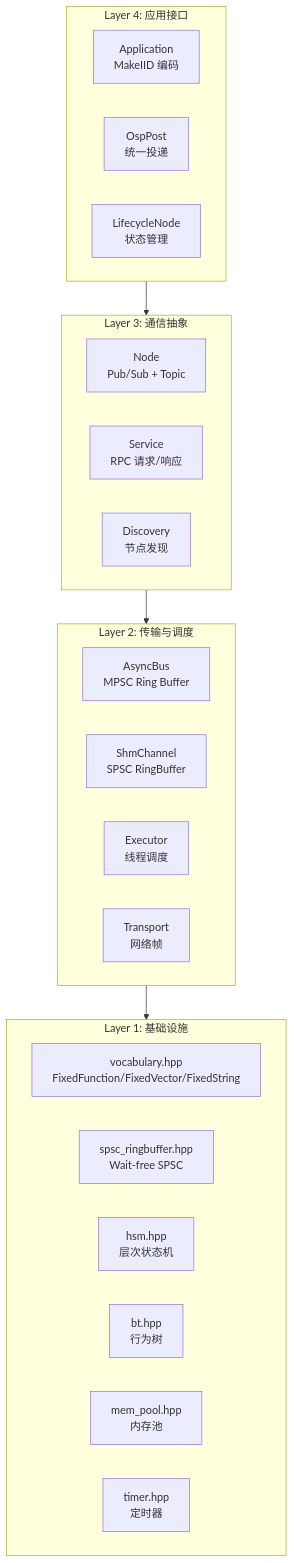
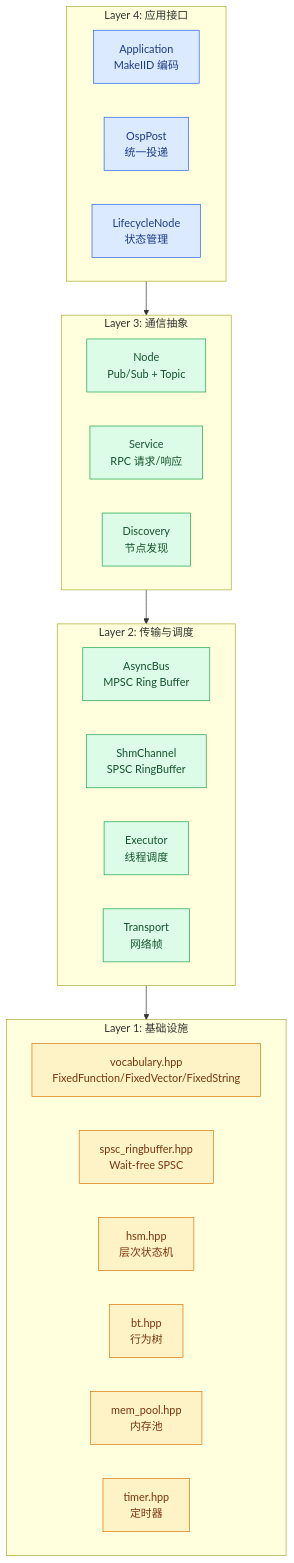
One commit to DeguiLiu/tech-notes changed the second of 9 diagrams in content/posts/architecture/embedded_streaming_data_architecture.md. Above: the diagram before and after it, drawn with Mermaid. The commit also changed other lines of this file and 16 other files, not shown here.

First line of the commit message:
story-docs(blog): de-AI architecture and pattern posts, add project links

````diff
--- a/content/posts/architecture/embedded_streaming_data_architecture.md
+++ b/content/posts/architecture/embedded_streaming_data_architecture.md
@@ -106,32 +115,38 @@
 ```mermaid
 flowchart TB
     subgraph L4["Layer 4: 应用接口"]
         APP_L["Application\nMakeIID 编码"]
         POST_L["OspPost\n统一投递"]
         LIFE_L["LifecycleNode\n状态管理"]
     end
 
     subgraph L3["Layer 3: 通信抽象"]
         NODE_L["Node\nPub/Sub + Topic"]
         SVC_L["Service\nRPC 请求/响应"]
         DISC_L["Discovery\n节点发现"]
     end
 
     subgraph L2["Layer 2: 传输与调度"]
         BUS_L["AsyncBus\nMPSC Ring Buffer"]
         SHM_L["ShmChannel\nSPSC RingBuffer"]
         EXEC_L["Executor\n线程调度"]
         TRANS_L["Transport\n网络帧"]
     end
 
     subgraph L1["Layer 1: 基础设施"]
         VOCAB["vocabulary.hpp\nFixedFunction/FixedVector/FixedString"]
         SPSC["spsc_ringbuffer.hpp\nWait-free SPSC"]
         HSM_L["hsm.hpp\n层次状态机"]
         BT_L["bt.hpp\n行为树"]
         POOL["mem_pool.hpp\n内存池"]
         TIMER["timer.hpp\n定时器"]
     end
 
     L4 --> L3 --> L2 --> L1
+    classDef api fill:#dbeafe,stroke:#2563eb,color:#1e3a8a
+    classDef comm fill:#dcfce7,stroke:#16a34a,color:#14532d
+    classDef base fill:#fef3c7,stroke:#d97706,color:#78350f
+    class APP_L,POST_L,LIFE_L api
+    class NODE_L,SVC_L,DISC_L,BUS_L,SHM_L,EXEC_L,TRANS_L comm
+    class VOCAB,SPSC,HSM_L,BT_L,POOL,TIMER base
 ```
````
